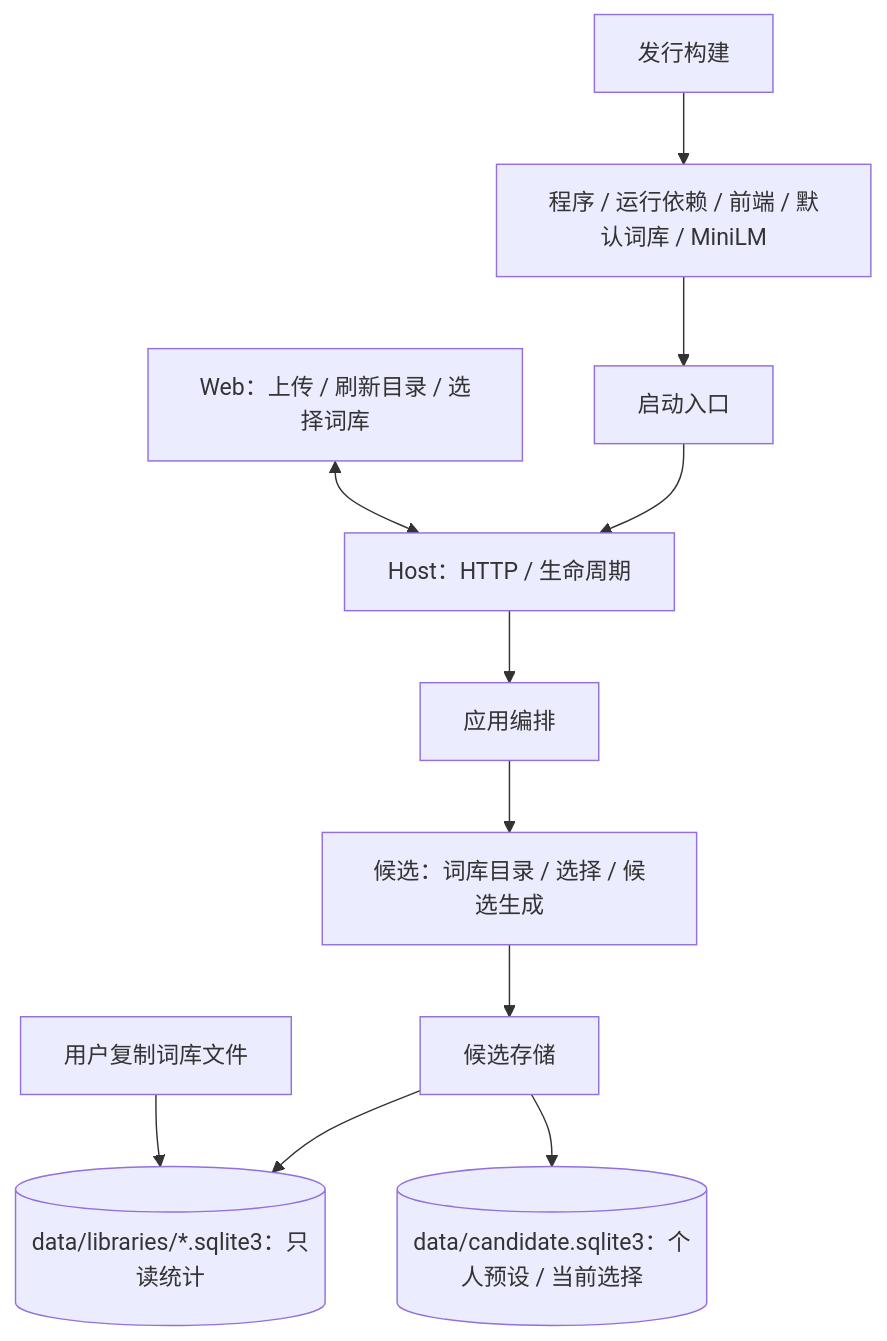
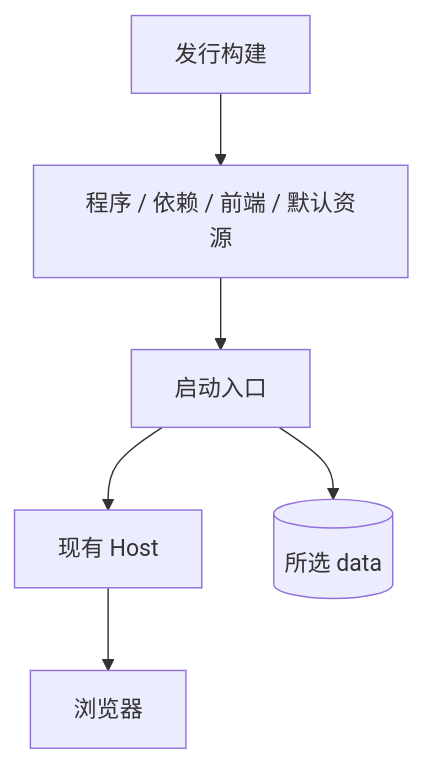
Before and after one commit to Lykr/pictide: the first of 2 diagrams in docs/issues/portable-release-implementation.md, drawn with Mermaid. The commit also changed other lines of this file and 12 other files, not shown here.

````diff
--- a/docs/issues/portable-release-implementation.md
+++ b/docs/issues/portable-release-implementation.md
@@ -11,13 +11,8 @@
 ```mermaid
 flowchart TD
-    Build["发行构建"] --> Package["程序 / 运行依赖 / 前端 / 默认词库 / MiniLM"]
+    Build["发行构建"] --> Package["程序 / 依赖 / 前端 / 默认资源"]
     Package --> Start["启动入口"]
-    Start --> Host["Host：HTTP / 生命周期"]
-    UI["Web：上传 / 刷新目录 / 选择词库"] <--> Host
-    Host --> App["应用编排"]
-    App --> Candidate["候选：词库目录 / 选择 / 候选生成"]
-    Candidate --> Store["候选存储"]
-    Store --> Libraries[("data/libraries/*.sqlite3：只读统计")]
-    Store --> Presets[("data/candidate.sqlite3：个人预设 / 当前选择")]
-    Files["用户复制词库文件"] --> Libraries
+    Start --> Host["现有 Host"]
+    Start --> Data[("所选 data")]
+    Host --> Browser["浏览器"]
 ```
````
